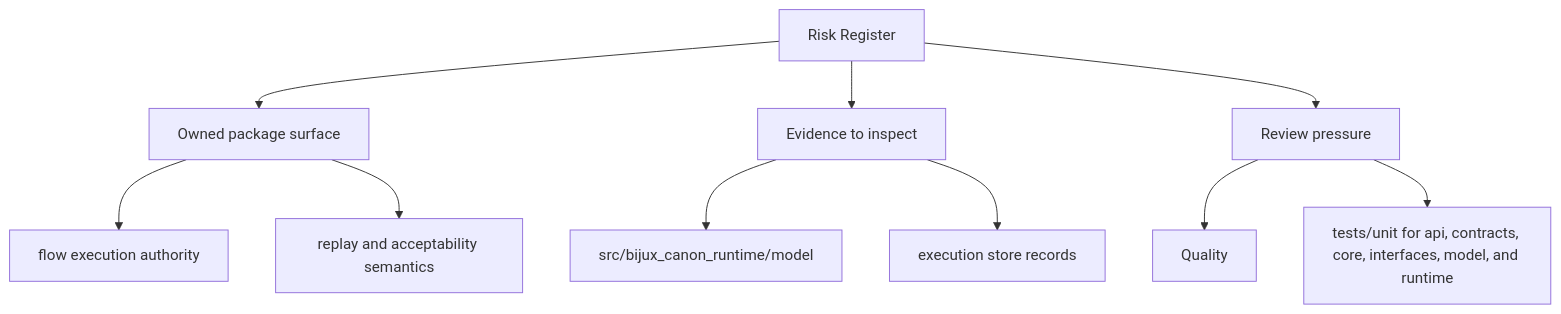
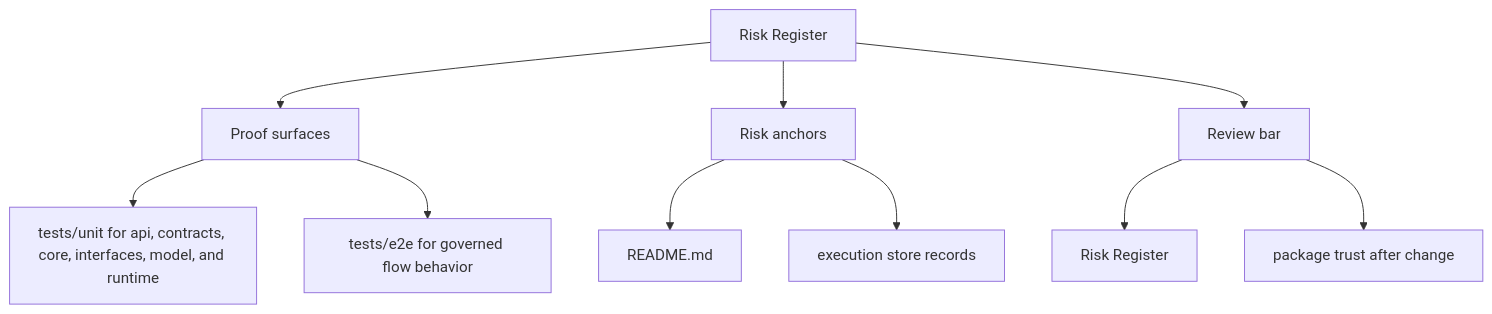
Before and after one commit to bijux/bijux-canon: the second of 2 diagrams in docs/bijux-canon-runtime/quality/risk-register.md, drawn with Mermaid. The commit also changed other lines of this file and 250 other files, not shown here.

Commit message:
docs(diagrams): make product page maps more readable

````diff
--- a/docs/bijux-canon-runtime/quality/risk-register.md
+++ b/docs/bijux-canon-runtime/quality/risk-register.md
@@ -35,22 +35,22 @@
 ```mermaid
 flowchart TD
     page["Risk Register"]
-    focus1["Owned package surface"]
+    focus1["Proof surfaces"]
     page --> focus1
-    focus1_1["flow execution authority"]
+    focus1_1["tests/unit for api, contracts, core, interfaces, model, and runtime"]
     focus1 --> focus1_1
-    focus1_2["replay and acceptability semantics"]
+    focus1_2["tests/e2e for governed flow behavior"]
     focus1 --> focus1_2
-    focus2["Evidence to inspect"]
+    focus2["Risk anchors"]
     page --> focus2
-    focus2_1["src/bijux_canon_runtime/model"]
+    focus2_1["README.md"]
     focus2 --> focus2_1
     focus2_2["execution store records"]
     focus2 --> focus2_2
-    focus3["Review pressure"]
+    focus3["Review bar"]
     page --> focus3
-    focus3_1["Quality"]
+    focus3_1["Risk Register"]
     focus3 --> focus3_1
-    focus3_2["tests/unit for api, contracts, core, interfaces, model, and runtime"]
+    focus3_2["package trust after change"]
     focus3 --> focus3_2
 ```
````
